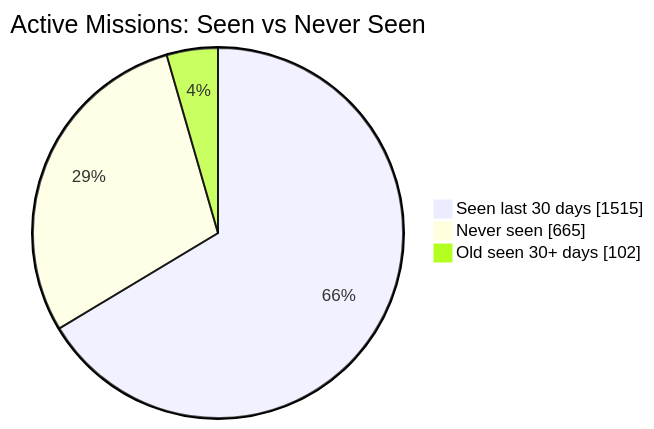
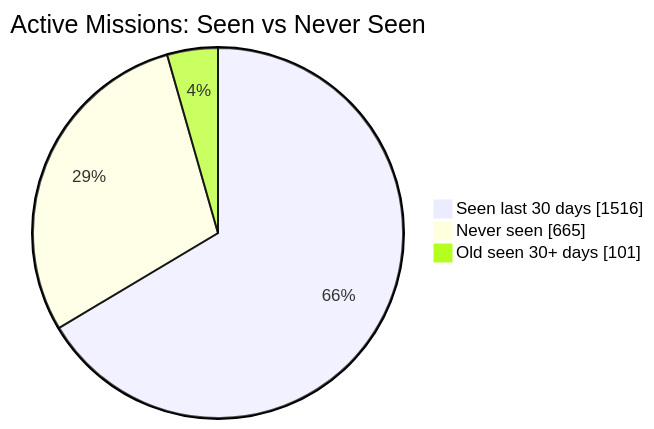
One commit to MeldkamerspelGameTeam/active-missions changed the first of 2 diagrams in README.md. Above: the diagram before and after it, drawn with Mermaid. The commit also changed other lines of this file and 2 other files, not shown here.

````diff
--- a/README.md
+++ b/README.md
@@ -34,7 +34,7 @@
 ```mermaid
 pie showData
     title Active Missions: Seen vs Never Seen
-    "Seen last 30 days" : 1515
+    "Seen last 30 days" : 1516
     "Never seen" : 665
-    "Old seen 30+ days" : 102
+    "Old seen 30+ days" : 101
 ```
````
